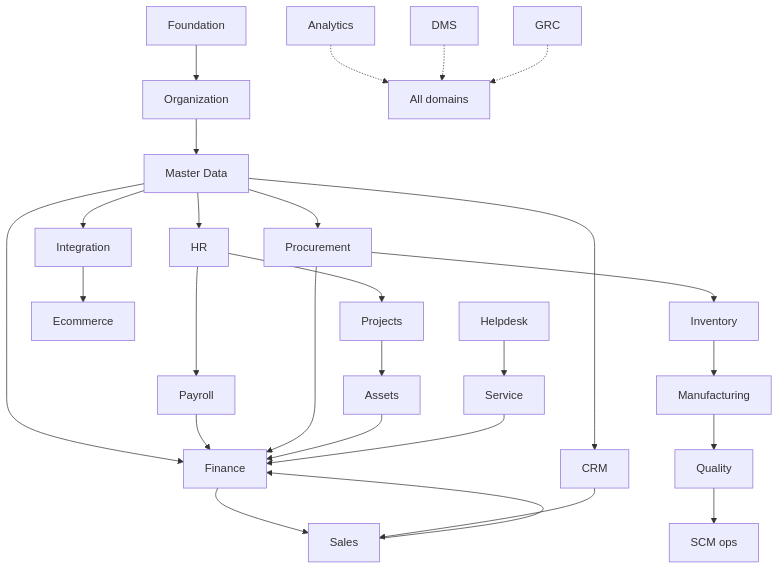
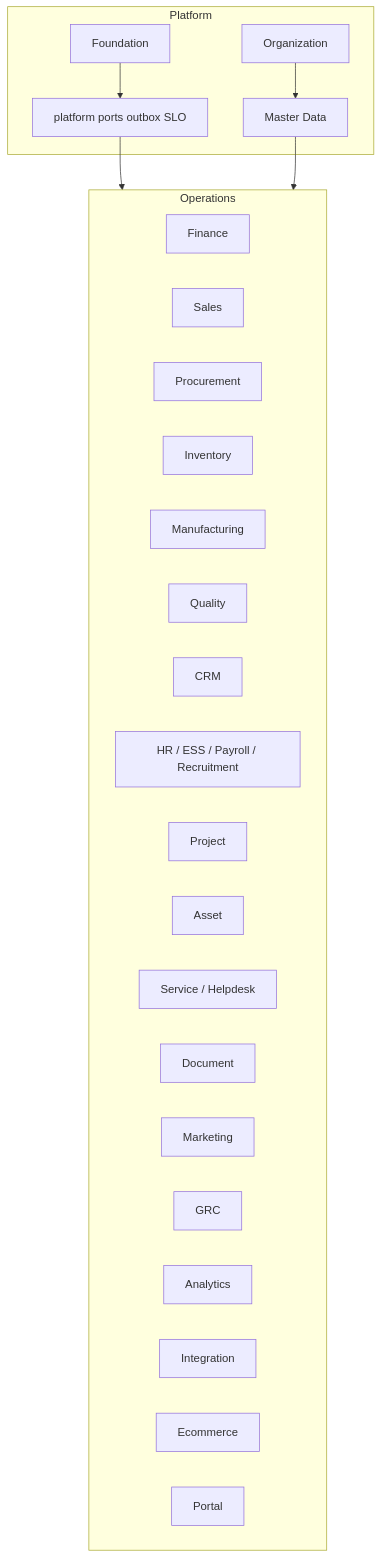
Before and after one commit to Moksh-CacheDigitech/iConnectPlus: the diagram in docs/07_MASTER_ARCHITECTURE/Enterprise_ERP_Master_Architecture.md, drawn with Mermaid. The commit also changed other lines of this file and 861 other files, not shown here.

````diff
--- a/docs/07_MASTER_ARCHITECTURE/Enterprise_ERP_Master_Architecture.md
+++ b/docs/07_MASTER_ARCHITECTURE/Enterprise_ERP_Master_Architecture.md
@@ -400,29 +29,33 @@
 ```mermaid
 flowchart TB
-  FND[Foundation] --> ORG[Organization]
-  ORG --> MDM[Master Data]
-  MDM --> FIN[Finance]
-  MDM --> CRM[CRM]
-  MDM --> PRC[Procurement]
-  MDM --> HR[HR]
-  MDM --> INT[Integration]
-  FIN --> SAL[Sales]
-  CRM --> SAL
-  PRC --> INV[Inventory]
-  HR --> PAY[Payroll]
-  INT --> ECO[Ecommerce]
-  INV --> MFG[Manufacturing]
-  MFG --> QLT[Quality]
-  PAY --> FIN
-  SAL --> FIN
-  PRC --> FIN
-  HR --> PRJ[Projects]
-  PRJ --> AST[Assets]
-  AST --> FIN
-  QLT --> SCM[SCM ops]
-  HD[Helpdesk] --> SVC[Service]
-  SVC --> FIN
-  BI[Analytics] -.-> ALL[All domains]
-  DMS[DMS] -.-> ALL
-  GRC[GRC] -.-> ALL
+  subgraph platform [Platform]
+    FND[Foundation]
+    PLAT[platform ports outbox SLO]
+    ORG[Organization]
+    MDM[Master Data]
+  end
+  subgraph ops [Operations]
+    FIN[Finance]
+    SAL[Sales]
+    PRC[Procurement]
+    INV[Inventory]
+    MFG[Manufacturing]
+    QM[Quality]
+    CRM[CRM]
+    HR[HR / ESS / Payroll / Recruitment]
+    PRJ[Project]
+    AST[Asset]
+    SVC[Service / Helpdesk]
+    DOC[Document]
+    MKT[Marketing]
+    GRC[GRC]
+    ANA[Analytics]
+    INT[Integration]
+    ECO[Ecommerce]
+    POR[Portal]
+  end
+  FND --> PLAT
+  ORG --> MDM
+  PLAT --> ops
+  MDM --> ops
 ```
````
